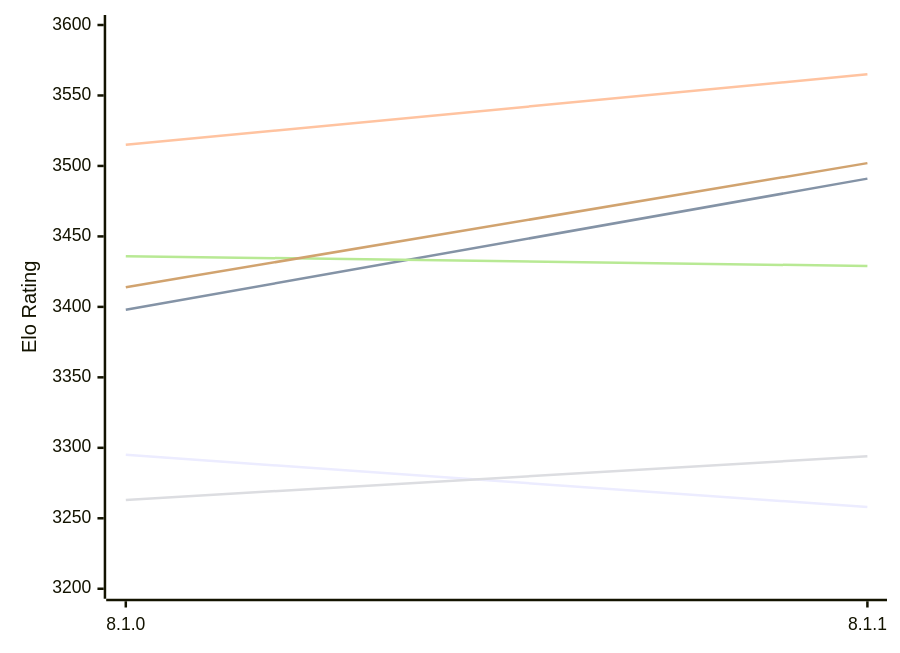
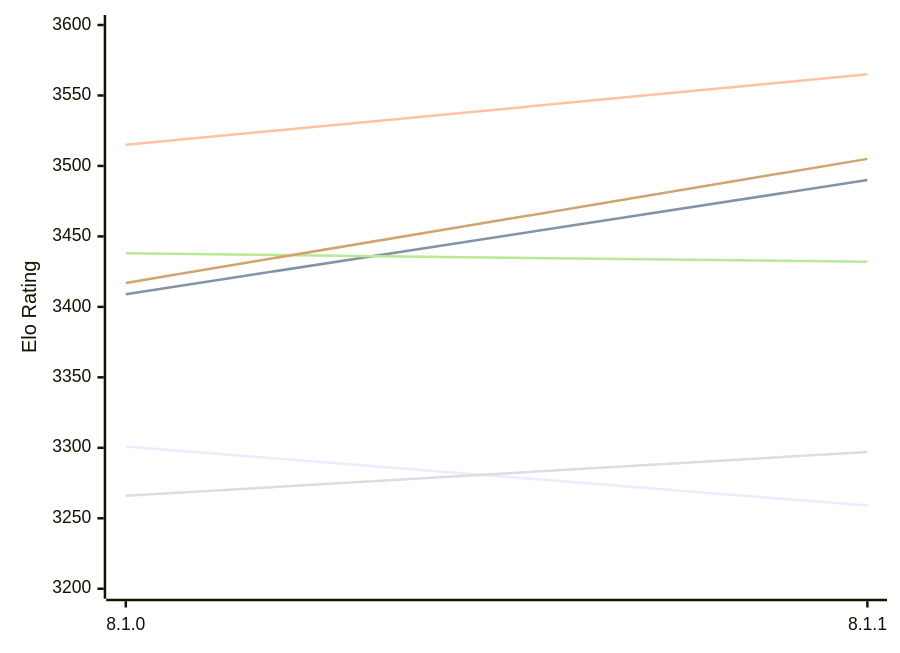
One commit to computer-chess-index/cci changed the first of 2 diagrams in engines/Velvet.md. Above: the diagram before and after it, drawn with Mermaid. The commit also changed other lines of this file, not shown here.

Commit message:
Update CCI Ratings (ELO VLTC) - 2026-11-24

````diff
--- a/engines/Velvet.md
+++ b/engines/Velvet.md
@@ -51,12 +51,12 @@
 ```mermaid
 %%{init: {"theme":"base","themeVariables":{"seriesColors:['#a3a3a3','#222221','#faa371']}}}%%
 xychart-beta
   x-axis ["8.1.0", "8.1.1"]
   y-axis "Elo Rating" 3200 --> 3600
-  line "E1: STC (8.0+0.08s)" [3295, 3258]
-  line "E1: LTC (60.0+0.60s)" [3398, 3491]
+  line "E1: STC (8.0+0.08s)" [3301, 3259]
+  line "E1: LTC (60.0+0.60s)" [3409, 3490]
   line "E1: VLTC (2m24s+1.12s)" [3515, 3565]
-  line "P1: STC (8.0+0.08s)" [3263, 3294]
-  line "P1: LTC (60.0+0.60s)" [3436, 3429]
-  line "P1: VLTC (2m24s+1.12s)" [3414, 3502]
+  line "P1: STC (8.0+0.08s)" [3266, 3297]
+  line "P1: LTC (60.0+0.60s)" [3438, 3432]
+  line "P1: VLTC (2m24s+1.12s)" [3417, 3505]
 ```
````
